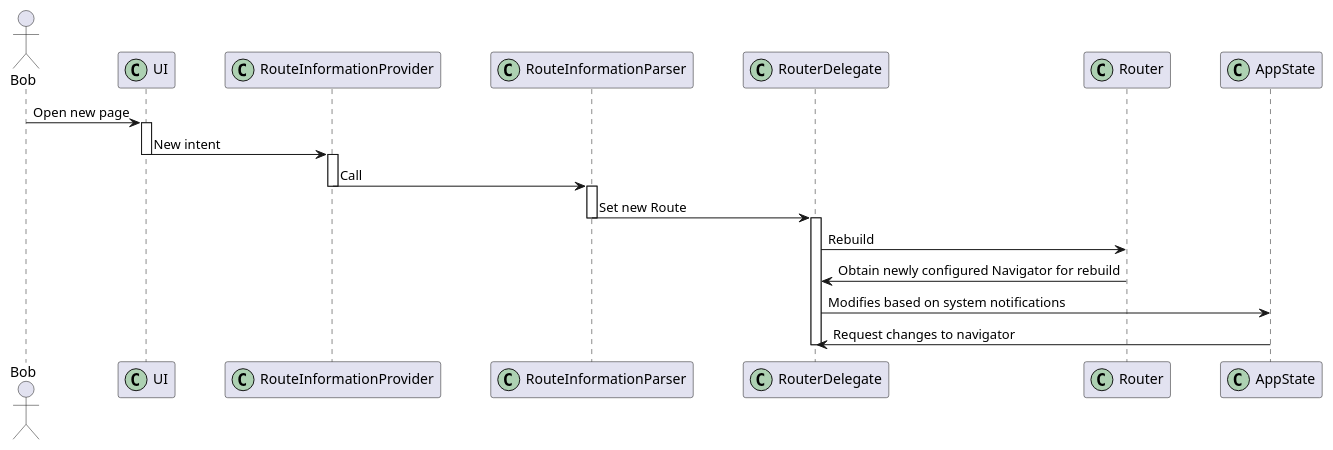
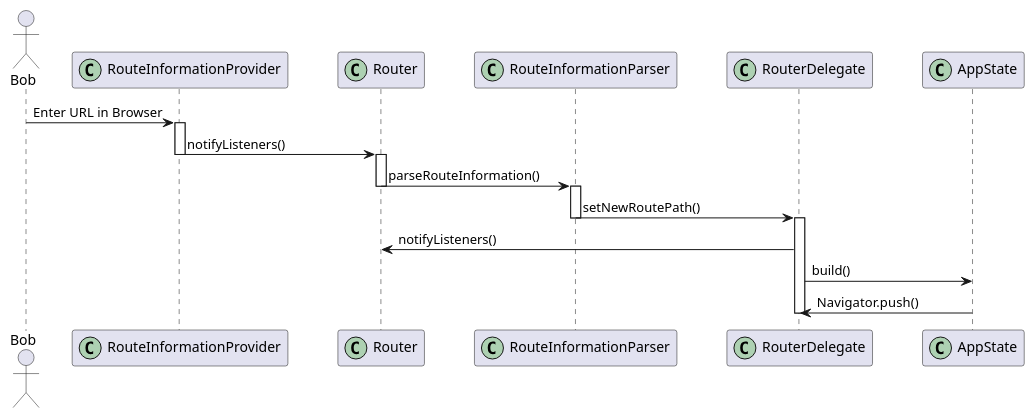
One commit to Flank/flank-dashboard changed the diagram in metrics/web/docs/features/router_widget/diagrams/route_change_sequence.puml. Above: the diagram before and after it, drawn with PlantUML. The commit also changed 2 other files, not shown here.

Commit message:
Update diagrams, add description

```diff
--- a/metrics/web/docs/features/router_widget/diagrams/route_change_sequence.puml
+++ b/metrics/web/docs/features/router_widget/diagrams/route_change_sequence.puml
@@ -1,32 +1,30 @@
 @startuml
 skinparam ParticipantPadding 20
     skinparam BoxPadding 10
 
     actor Bob
 
-    participant UI << (C,#ADD1B2) >>
     participant RouteInformationProvider << (C,#ADD1B2) >>
+    participant Router << (C,#ADD1B2) >>
     participant RouteInformationParser << (C,#ADD1B2) >>
     participant RouterDelegate << (C,#ADD1B2) >>
-    participant Router << (C,#ADD1B2) >>
     participant AppState << (C,#ADD1B2) >>
 
     ' User changes page using the UI.
 
-    Bob -> UI : Open new page
-    activate UI
-    UI -> RouteInformationProvider : New intent
-    deactivate UI
+    Bob -> RouteInformationProvider : Enter URL in Browser
     activate RouteInformationProvider
-    RouteInformationProvider -> RouteInformationParser : Call
+    RouteInformationProvider -> Router : notifyListeners()
     deactivate RouteInformationProvider
+    activate Router
+    Router -> RouteInformationParser : parseRouteInformation()
+    deactivate Router
     activate RouteInformationParser
-    RouteInformationParser -> RouterDelegate : Set new Route
+    RouteInformationParser -> RouterDelegate : setNewRoutePath()
     deactivate RouteInformationParser
     activate RouterDelegate
-    RouterDelegate -> Router : Rebuild
-    Router -> RouterDelegate : Obtain newly configured Navigator for rebuild
-    RouterDelegate -> AppState : Modifies based on system notifications
-    AppState -> RouterDelegate : Request changes to navigator
+    RouterDelegate -> Router : notifyListeners()
+    RouterDelegate -> AppState : build()
+    AppState -> RouterDelegate : Navigator.push()
     deactivate RouterDelegate
 @enduml
```
